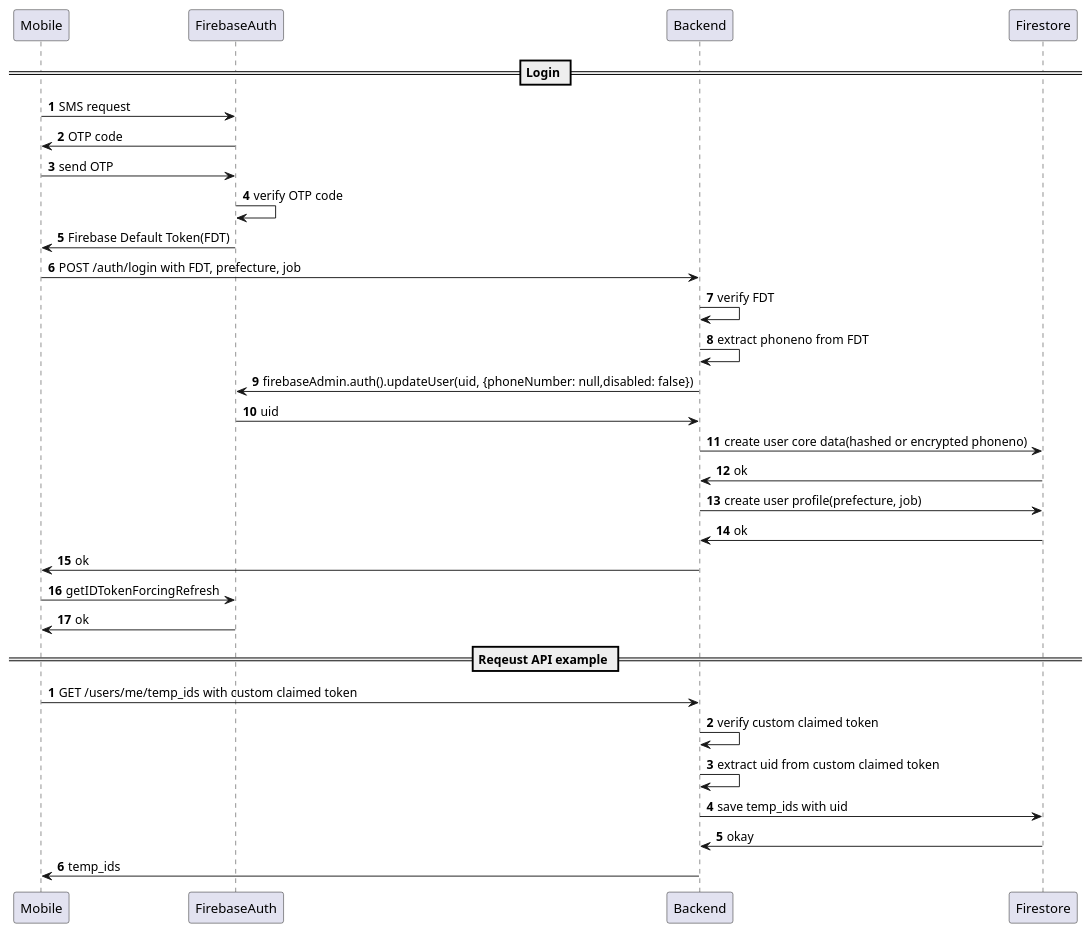
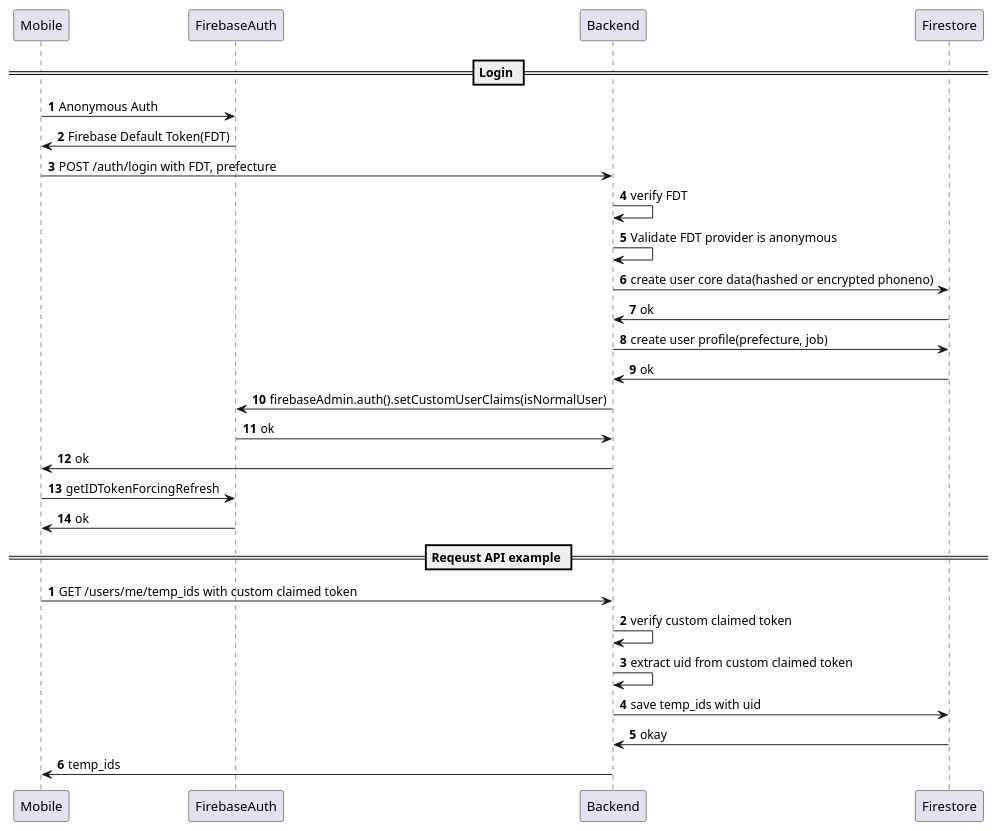
The diagram in docs/auth.pu (mamori-i-japan/mamori-i-japan-api), drawn with PlantUML before and after one commit.

Commit message:
:construction: Update PlantUML doc

```diff
--- a/docs/auth.pu
+++ b/docs/auth.pu
@@ -1,35 +1,32 @@
 @startuml
 
 == Login ==
 
 autonumber 1
 
-Mobile  -> FirebaseAuth: SMS request
-FirebaseAuth -> Mobile: OTP code
-Mobile  -> FirebaseAuth: send OTP
-FirebaseAuth -> FirebaseAuth: verify OTP code
+Mobile  -> FirebaseAuth: Anonymous Auth
 FirebaseAuth -> Mobile: Firebase Default Token(FDT)
-Mobile -> Backend: POST /auth/login with FDT, prefecture, job
+Mobile -> Backend: POST /auth/login with FDT, prefecture
 Backend -> Backend: verify FDT
-Backend -> Backend: extract phoneno from FDT
-Backend ->  FirebaseAuth: firebaseAdmin.auth().updateUser(uid, {phoneNumber: null,disabled: false})
-FirebaseAuth -> Backend: uid
+Backend -> Backend: Validate FDT provider is anonymous
 Backend -> Firestore: create user core data(hashed or encrypted phoneno)
 Firestore -> Backend: ok
 Backend -> Firestore: create user profile(prefecture, job)
 Firestore -> Backend: ok
+Backend ->  FirebaseAuth: firebaseAdmin.auth().setCustomUserClaims(isNormalUser)
+FirebaseAuth -> Backend: ok
 Backend -> Mobile: ok
 Mobile -> FirebaseAuth: getIDTokenForcingRefresh
 FirebaseAuth -> Mobile: ok
 
 == Reqeust API example ==
 
 autonumber 1
 Mobile -> Backend: GET /users/me/temp_ids with custom claimed token
 Backend -> Backend: verify custom claimed token
 Backend -> Backend: extract uid from custom claimed token
 Backend -> Firestore: save temp_ids with uid
 Firestore -> Backend: okay
 Backend -> Mobile: temp_ids
 
 @enduml
```
